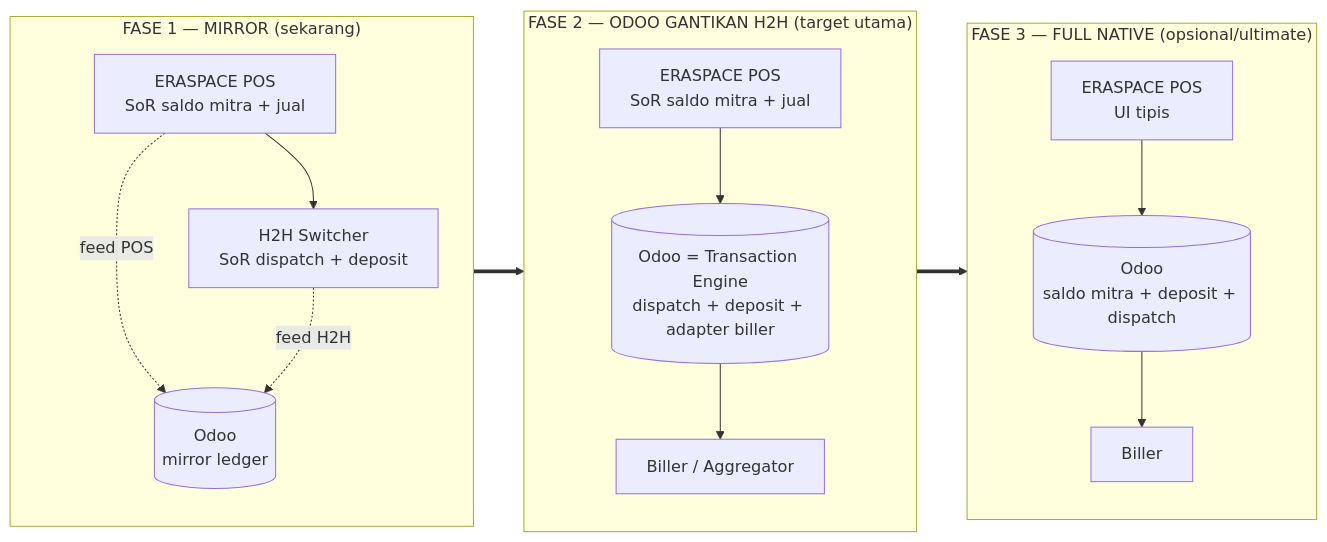
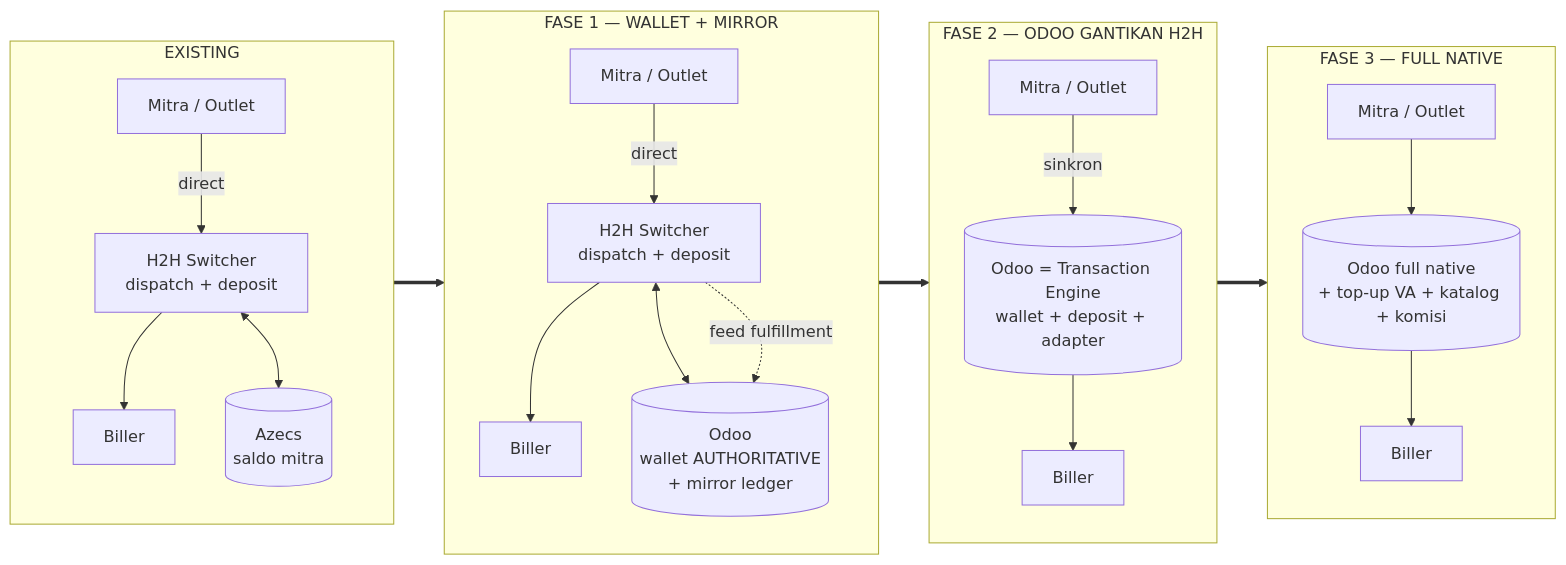
Before and after one commit to sarangrumah/odoo-platform: the first of 5 diagrams in docs/projects/ppob/ppob-eraspace-odoo-target-architecture.md, drawn with Mermaid. The commit also changed other lines of this file and 31 other files, not shown here.

First line of the commit message:
feat(ppob): Digiflazz biller adapter, SLA targets & throughput, Eraspace architecture revision

````diff
--- a/docs/projects/ppob/ppob-eraspace-odoo-target-architecture.md
+++ b/docs/projects/ppob/ppob-eraspace-odoo-target-architecture.md
@@ -24,20 +30,27 @@
 ```mermaid
 flowchart LR
-    subgraph P1["FASE 1 — MIRROR (sekarang)"]
+    subgraph P0["EXISTING"]
         direction TB
-        A1[ERASPACE POS<br/>SoR saldo mitra + jual] --> A2[H2H Switcher<br/>SoR dispatch + deposit]
-        A1 -.feed POS.-> A3[(Odoo<br/>mirror ledger)]
-        A2 -.feed H2H.-> A3
+        A0[Mitra / Outlet] -- direct --> A1[H2H Switcher<br/>dispatch + deposit]
+        A1 --> A2[Biller]
+        A1 <--> A3[(Azecs<br/>saldo mitra)]
     end
-    subgraph P2["FASE 2 — ODOO GANTIKAN H2H (target utama)"]
+    subgraph P1["FASE 1 — WALLET + MIRROR"]
         direction TB
-        B1[ERASPACE POS<br/>SoR saldo mitra + jual] --> B2[(Odoo = Transaction Engine<br/>dispatch + deposit + adapter biller)]
-        B2 --> B3[Biller / Aggregator]
+        B0[Mitra / Outlet] -- direct --> B1[H2H Switcher<br/>dispatch + deposit]
+        B1 --> B2[Biller]
+        B1 <--> B3[(Odoo<br/>wallet AUTHORITATIVE<br/>+ mirror ledger)]
+        B1 -.feed fulfillment.-> B3
     end
-    subgraph P3["FASE 3 — FULL NATIVE (opsional/ultimate)"]
+    subgraph P2["FASE 2 — ODOO GANTIKAN H2H"]
         direction TB
-        C1[ERASPACE POS<br/>UI tipis] --> C2[(Odoo<br/>saldo mitra + deposit + dispatch)]
-        C2 --> C3[Biller]
+        C0[Mitra / Outlet] -- sinkron --> C1[(Odoo = Transaction Engine<br/>wallet + deposit + adapter)]
+        C1 --> C2[Biller]
     end
-    P1 ==> P2 ==> P3
+    subgraph P3["FASE 3 — FULL NATIVE"]
+        direction TB
+        D0[Mitra / Outlet] --> D1[(Odoo full native<br/>+ top-up VA + katalog + komisi)]
+        D1 --> D2[Biller]
+    end
+    P0 ==> P1 ==> P2 ==> P3
 ```
````
